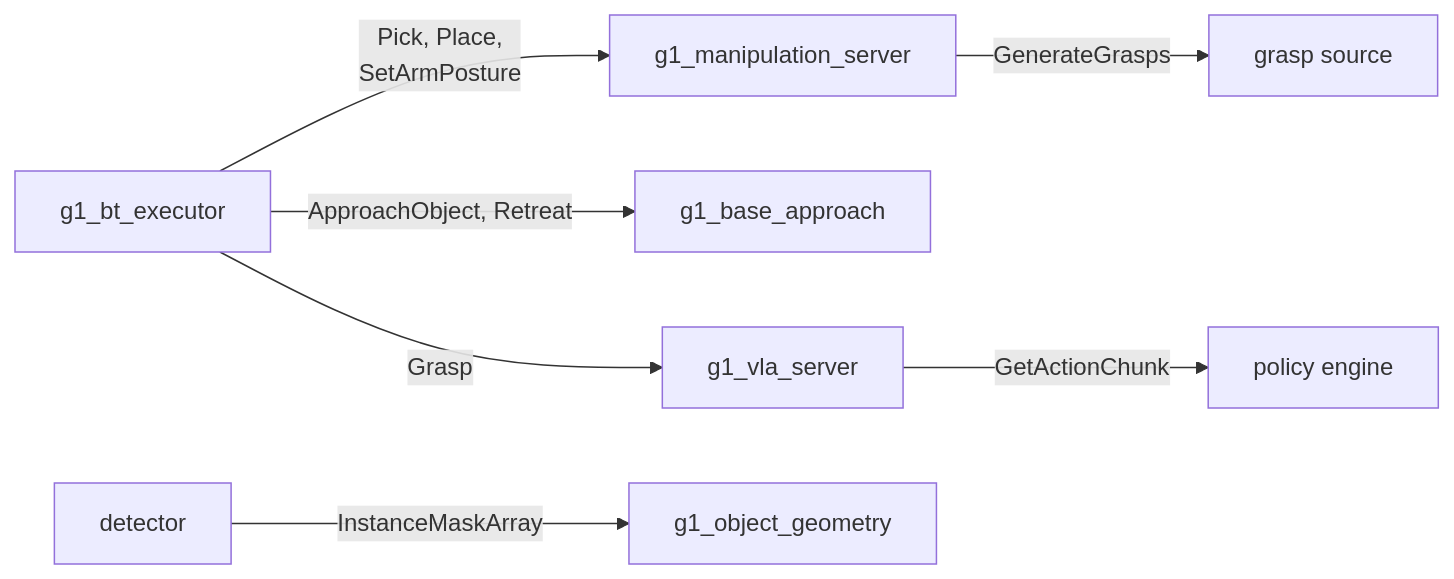
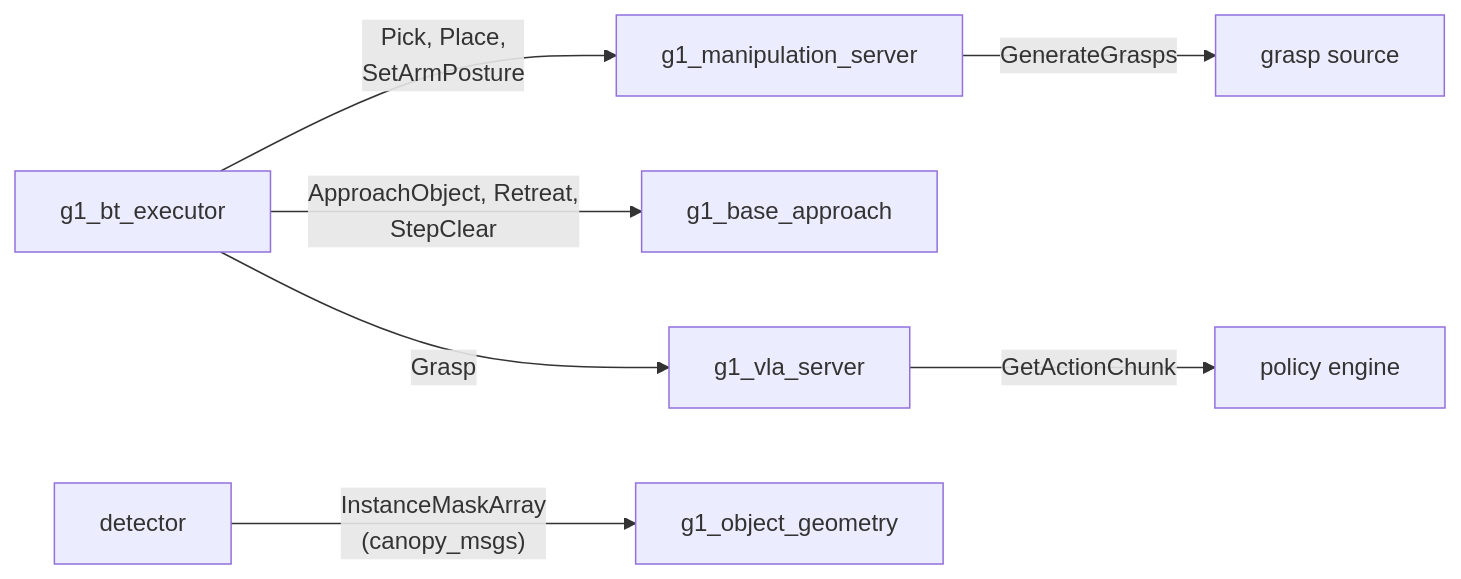
The diagram in workspace/src/g1_msgs/README.md (Adyansh04/grove-g1), drawn with Mermaid before and after one commit. The commit also changed other lines of this file and 140 other files, not shown here.

````diff
--- a/workspace/src/g1_msgs/README.md
+++ b/workspace/src/g1_msgs/README.md
@@ -8,9 +8,9 @@
 ```mermaid
 flowchart LR
     BT["g1_bt_executor"] -- "Pick, Place,<br/>SetArmPosture" --> MS["g1_manipulation_server"]
-    BT -- "ApproachObject, Retreat" --> BA["g1_base_approach"]
+    BT -- "ApproachObject, Retreat,<br/>StepClear" --> BA["g1_base_approach"]
     BT -- "Grasp" --> VS["g1_vla_server"]
     VS -- "GetActionChunk" --> PE["policy engine"]
     MS -- "GenerateGrasps" --> GS["grasp source"]
-    D["detector"] -- "InstanceMaskArray" --> G["g1_object_geometry"]
+    D["detector"] -- "InstanceMaskArray<br/>(canopy_msgs)" --> G["g1_object_geometry"]
 ```
````
